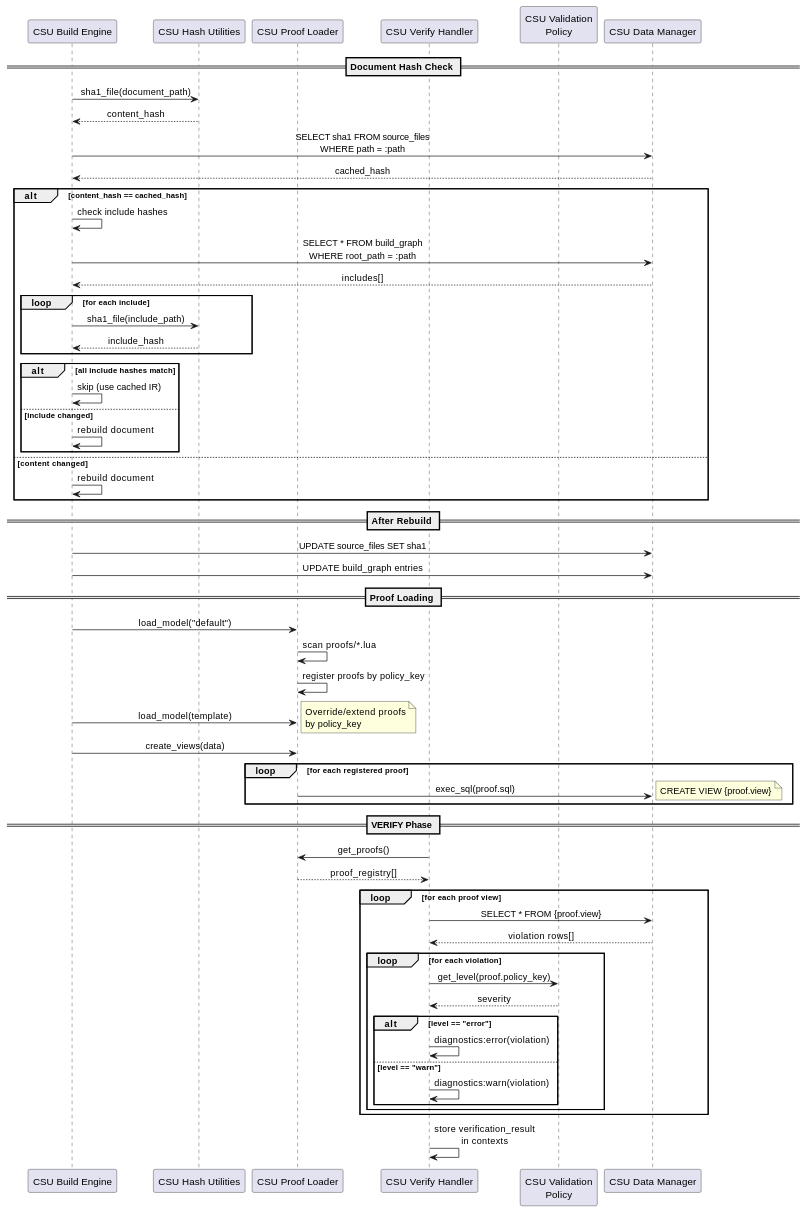
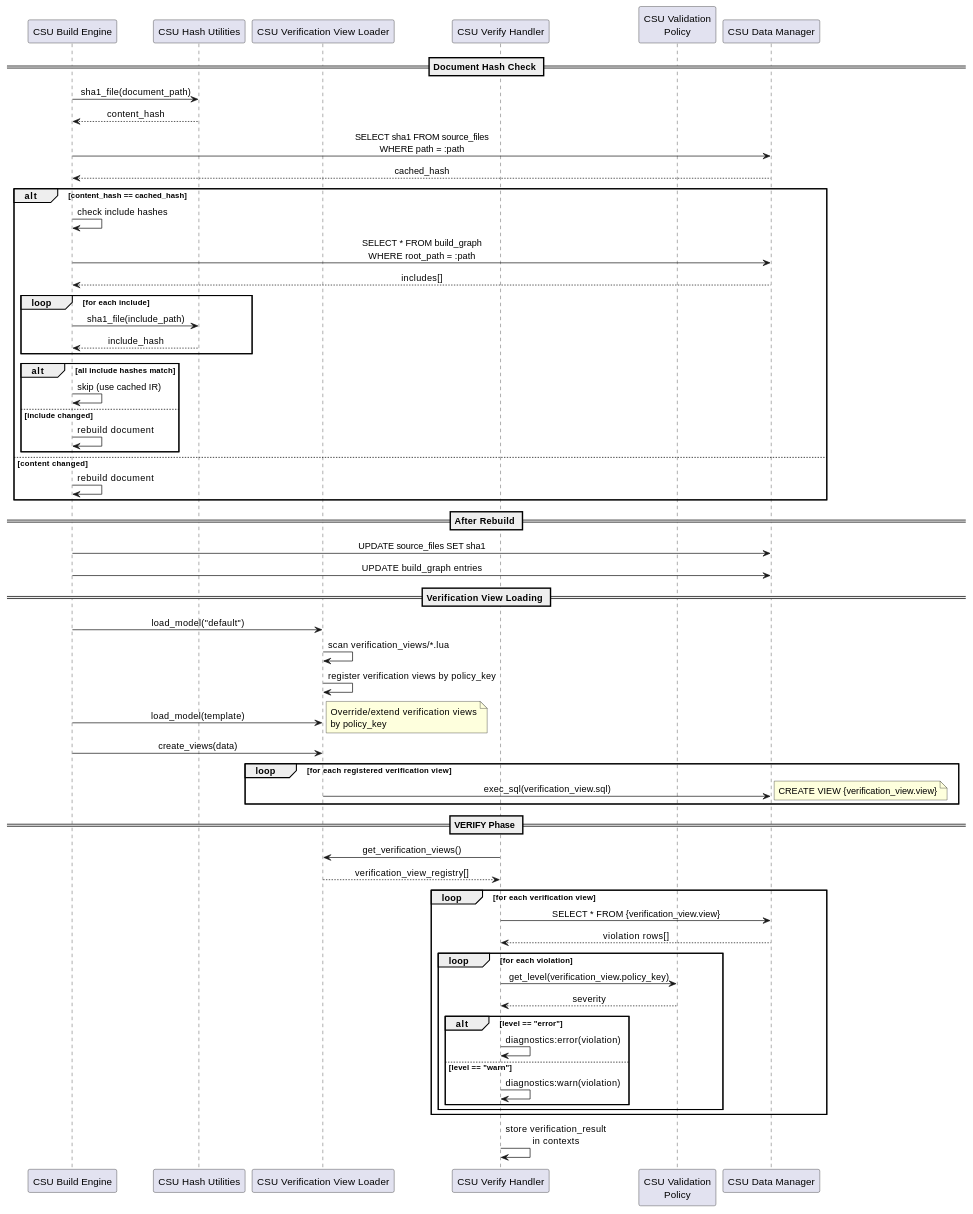
The diagram in docs/engineering_docs/architecture/audit_design.md (SpecIR/SpecCompiler), drawn with PlantUML before and after one commit. The commit also changed other lines of this file and 19 other files, not shown here.

````diff
--- a/docs/engineering_docs/architecture/audit_design.md
+++ b/docs/engineering_docs/architecture/audit_design.md
@@ -189,79 +189,79 @@
 ```puml:fd-006-audit{caption="Audit and Integrity: Build Caching and Verification"}
 @startuml
 skinparam backgroundColor #FFFFFF
 skinparam sequenceMessageAlign center
 
 participant "CSU Build Engine" as E
 participant "CSU Hash Utilities" as H
-participant "CSU Proof Loader" as PL
+participant "CSU Verification View Loader" as PL
 participant "CSU Verify Handler" as VH
 participant "CSU Validation\nPolicy" as VP
 participant "CSU Data Manager" as DB
 
 == Document Hash Check ==
 E -> H: sha1_file(document_path)
 H --> E: content_hash
 
 E -> DB: SELECT sha1 FROM source_files\nWHERE path = :path
 DB --> E: cached_hash
 
 alt content_hash == cached_hash
     E -> E: check include hashes
     E -> DB: SELECT * FROM build_graph\nWHERE root_path = :path
     DB --> E: includes[]
 
     loop for each include
         E -> H: sha1_file(include_path)
         H --> E: include_hash
     end
 
     alt all include hashes match
         E -> E: skip (use cached IR)
     else include changed
         E -> E: rebuild document
     end
 else content changed
     E -> E: rebuild document
 end
 
 == After Rebuild ==
 E -> DB: UPDATE source_files SET sha1
 E -> DB: UPDATE build_graph entries
 
-== Proof Loading ==
+== Verification View Loading ==
 E -> PL: load_model("default")
-PL -> PL: scan proofs/*.lua
-PL -> PL: register proofs by policy_key
+PL -> PL: scan verification_views/*.lua
+PL -> PL: register verification views by policy_key
 
 E -> PL: load_model(template)
-note right: Override/extend proofs\nby policy_key
+note right: Override/extend verification views\nby policy_key
 
 E -> PL: create_views(data)
-loop for each registered proof
-    PL -> DB: exec_sql(proof.sql)
-    note right: CREATE VIEW {proof.view}
+loop for each registered verification view
+    PL -> DB: exec_sql(verification_view.sql)
+    note right: CREATE VIEW {verification_view.view}
 end
 
 == VERIFY Phase ==
-VH -> PL: get_proofs()
-PL --> VH: proof_registry[]
+VH -> PL: get_verification_views()
+PL --> VH: verification_view_registry[]
 
-loop for each proof view
-    VH -> DB: SELECT * FROM {proof.view}
+loop for each verification view
+    VH -> DB: SELECT * FROM {verification_view.view}
     DB --> VH: violation rows[]
 
     loop for each violation
-        VH -> VP: get_level(proof.policy_key)
+        VH -> VP: get_level(verification_view.policy_key)
         VP --> VH: severity
 
         alt level == "error"
             VH -> VH: diagnostics:error(violation)
         else level == "warn"
             VH -> VH: diagnostics:warn(violation)
         end
     end
 end
 
 VH -> VH: store verification_result\nin contexts
 @enduml
 ```
````
